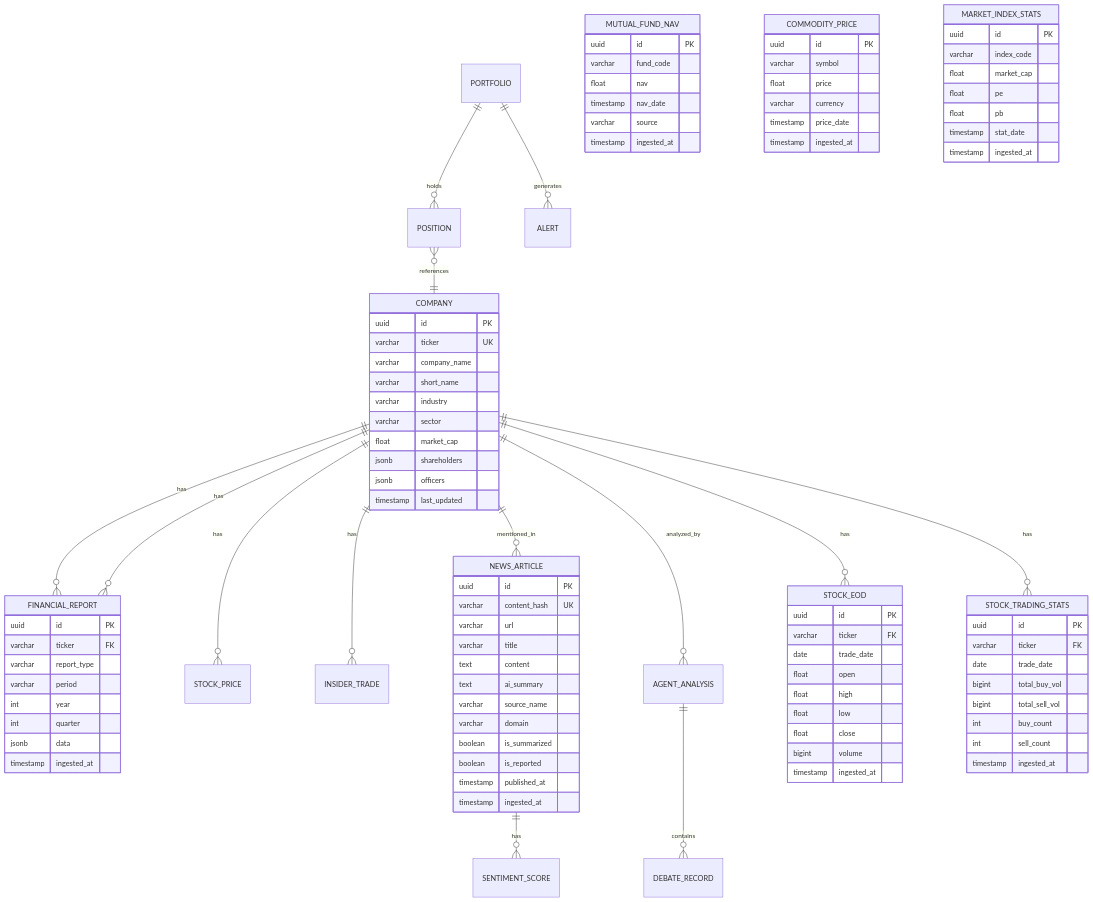
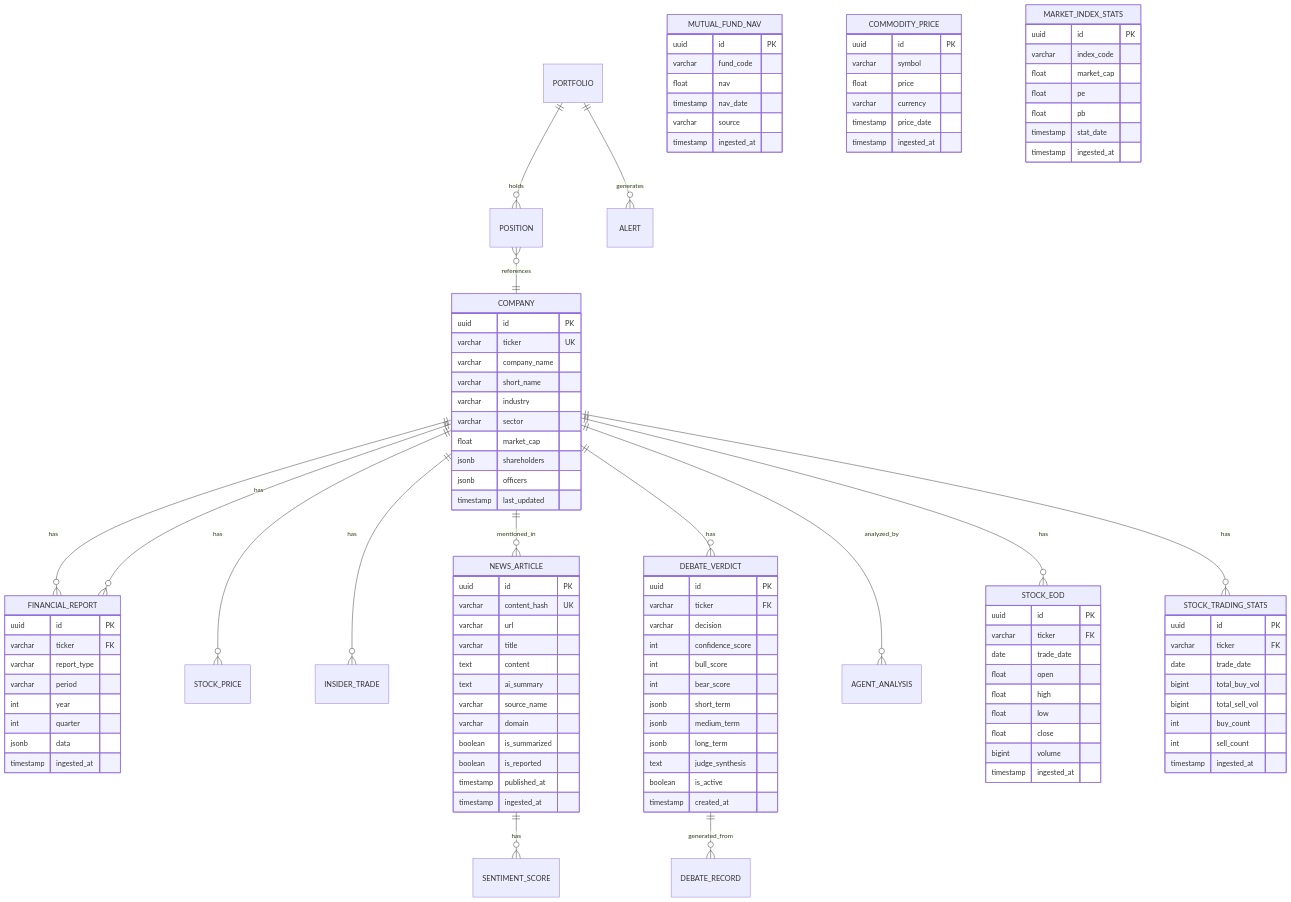
The diagram in docs/DATABASE.md (nqhuy44/xalpha-researcher), drawn with Mermaid before and after one commit. The commit also changed other lines of this file and 61 other files, not shown here.

Commit message:
new agent system bull-bear-judge-referee to debate (#4)

```diff
--- a/docs/DATABASE.md
+++ b/docs/DATABASE.md
@@ -18,10 +18,11 @@
     COMPANY ||--o{ STOCK_PRICE : has
     COMPANY ||--o{ INSIDER_TRADE : has
     COMPANY ||--o{ NEWS_ARTICLE : mentioned_in
+    COMPANY ||--o{ DEBATE_VERDICT : has
     COMPANY ||--o{ AGENT_ANALYSIS : analyzed_by
 
     NEWS_ARTICLE ||--o{ SENTIMENT_SCORE : has
-    AGENT_ANALYSIS ||--o{ DEBATE_RECORD : contains
+    DEBATE_VERDICT ||--o{ DEBATE_RECORD : generated_from
 
     PORTFOLIO ||--o{ POSITION : holds
     POSITION }o--|| COMPANY : references
@@ -117,6 +118,21 @@
         timestamp ingested_at
     }
 
+    DEBATE_VERDICT {
+        uuid id PK
+        varchar ticker FK
+        varchar decision
+        int confidence_score
+        int bull_score
+        int bear_score
+        jsonb short_term
+        jsonb medium_term
+        jsonb long_term
+        text judge_synthesis
+        boolean is_active
+        timestamp created_at
+    }
+
     COMPANY ||--o{ FINANCIAL_REPORT : has
     COMPANY ||--o{ STOCK_EOD : has
     COMPANY ||--o{ STOCK_TRADING_STATS : has
```
